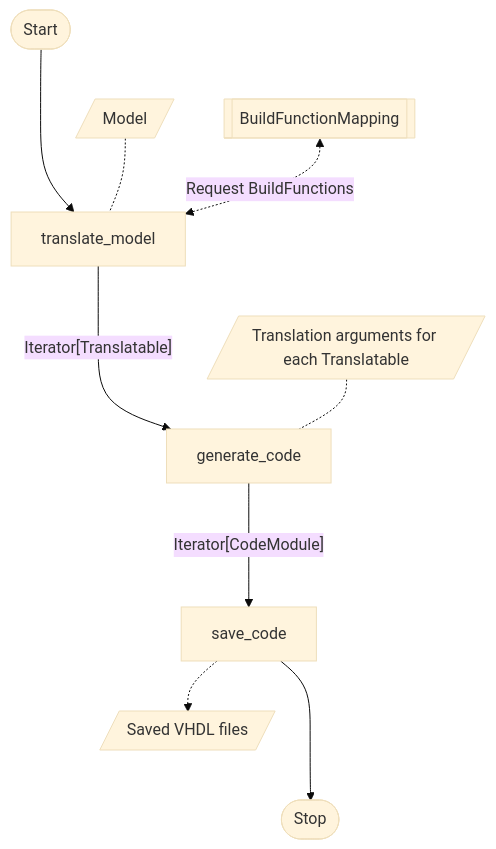
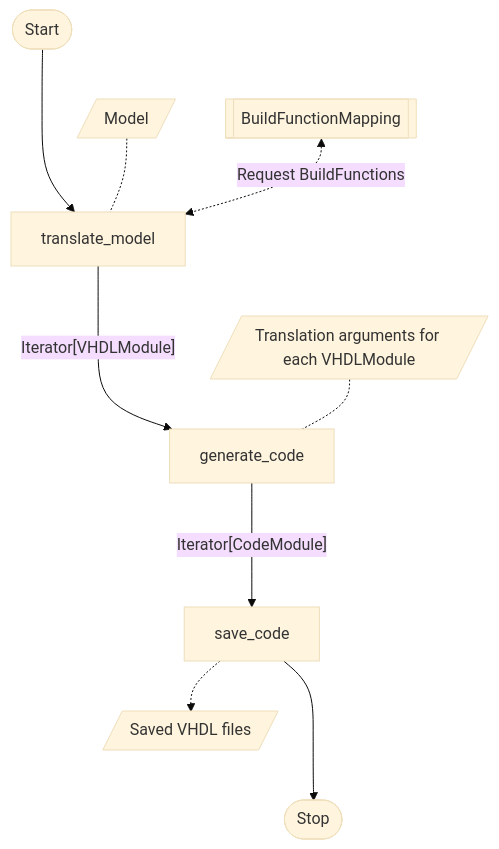
The third of 3 diagrams in elasticai/creator/vhdl/README.md (es-ude/elastic-ai.creator), drawn with Mermaid (base theme) before and after one commit. The commit also changed other lines of this file and 14 other files, not shown here.

````diff
--- a/elasticai/creator/vhdl/README.md
+++ b/elasticai/creator/vhdl/README.md
@@ -101,11 +105,11 @@
 ```mermaid
 flowchart TD
 start([Start]) ---> translate_model
-translate_model ---> |"Iterator[Translatable]"| generate_code
+translate_model ---> |"Iterator[VHDLModule]"| generate_code
 generate_code ---> |"Iterator[CodeModule]"| save_code
 save_code ---> stop([Stop])
 model[/Model/] -.- translate_model
 build_function_mapping[[BuildFunctionMapping]] <-.-> |Request BuildFunctions| translate_model
-translation_args[/Translation arguments for each Translatable/] -.- generate_code
+translation_args[/Translation arguments for each VHDLModule/] -.- generate_code
 save_code -.-> saved_data[/Saved VHDL files/]
 ```
````
